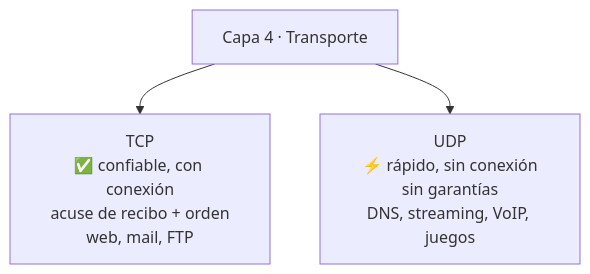
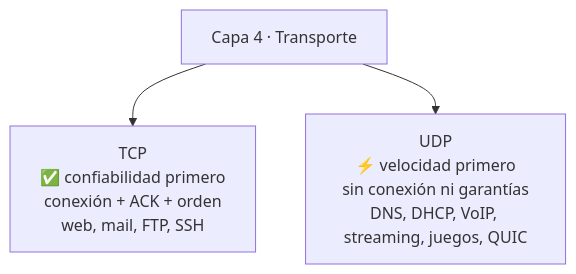
Before and after one commit to totogr/Tomas-Goncalves-Rei: the first of 2 diagrams in Materias/Redes/Guías de estudio/11 - Datagrama IP, TCP y UDP.md, drawn with Mermaid. The commit also changed other lines of this file and 6 other files, not shown here.

Commit message:
Sumar PPTs Redes clase #9 (IP, AS, BGP/OSPF) y #10 (Capa 4 TCP/UDP), completar guias 08, 09 y 11

````diff
--- a/Materias/Redes/Guías de estudio/11 - Datagrama IP, TCP y UDP.md
+++ b/Materias/Redes/Guías de estudio/11 - Datagrama IP, TCP y UDP.md
@@ -29,5 +29,5 @@
 ```mermaid
 flowchart TD
-    A["Capa 4 · Transporte"] --> B["TCP<br/>✅ confiable, con conexión<br/>acuse de recibo + orden<br/>web, mail, FTP"]
-    A --> C["UDP<br/>⚡ rápido, sin conexión<br/>sin garantías<br/>DNS, streaming, VoIP, juegos"]
+    A["Capa 4 · Transporte"] --> B["TCP<br/>✅ confiabilidad primero<br/>conexión + ACK + orden<br/>web, mail, FTP, SSH"]
+    A --> C["UDP<br/>⚡ velocidad primero<br/>sin conexión ni garantías<br/>DNS, DHCP, VoIP, streaming, juegos, QUIC"]
 ```
````
